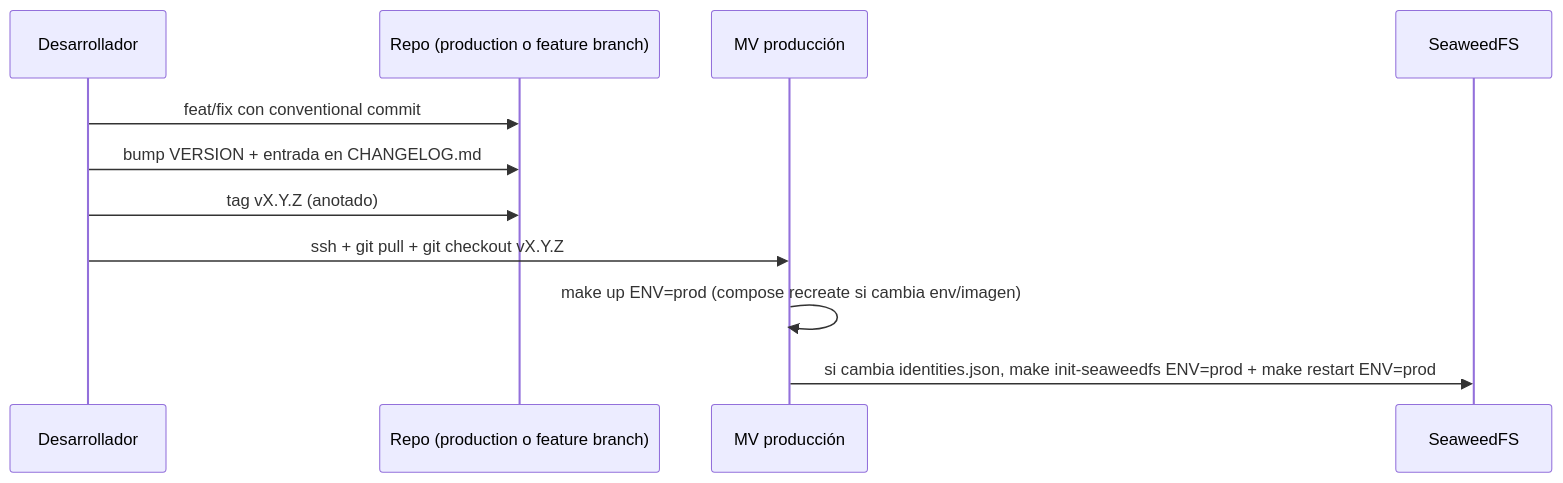
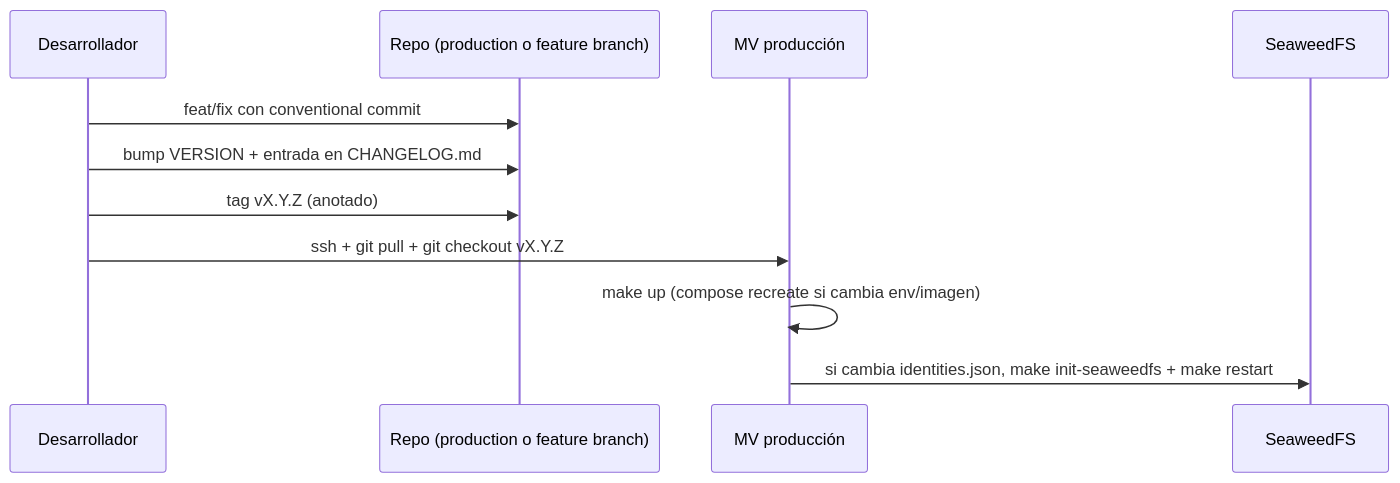
The second of 2 diagrams in docs/context.md (iieg-oficial/acervo), drawn with Mermaid before and after one commit. The commit also changed other lines of this file and 12 other files, not shown here.

````diff
--- a/docs/context.md
+++ b/docs/context.md
@@ -230,14 +213,14 @@
 ```mermaid
 sequenceDiagram
     participant Dev as Desarrollador
     participant Repo as Repo (production o feature branch)
     participant Prod as MV producción
     participant Seaweed as SeaweedFS
 
     Dev->>Repo: feat/fix con conventional commit
     Dev->>Repo: bump VERSION + entrada en CHANGELOG.md
     Dev->>Repo: tag vX.Y.Z (anotado)
     Dev->>Prod: ssh + git pull + git checkout vX.Y.Z
-    Prod->>Prod: make up ENV=prod (compose recreate si cambia env/imagen)
-    Prod->>Seaweed: si cambia identities.json, make init-seaweedfs ENV=prod + make restart ENV=prod
+    Prod->>Prod: make up (compose recreate si cambia env/imagen)
+    Prod->>Seaweed: si cambia identities.json, make init-seaweedfs + make restart
 ```
````
